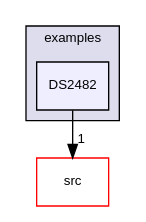
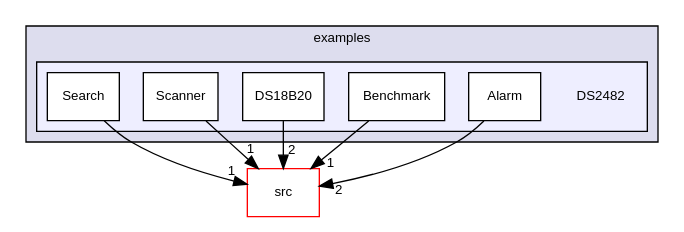
Before and after one commit to mikaelpatel/mikaelpatel.github.io: the diagram in Arduino-OWI/dir_0cf9e2383f6a43ce957518394740e070_dep.dot, drawn with Graphviz. The commit also changed 318 other files, not shown here.

```diff
--- a/Arduino-OWI/dir_0cf9e2383f6a43ce957518394740e070_dep.dot
+++ b/Arduino-OWI/dir_0cf9e2383f6a43ce957518394740e070_dep.dot
@@ -1,11 +1,23 @@
 digraph "examples/DS2482" {
   compound=true
   node [ fontsize="10", fontname="Helvetica"];
   edge [ labelfontsize="10", labelfontname="Helvetica"];
   subgraph clusterdir_d28a4824dc47e487b107a5db32ef43c4 {
     graph [ bgcolor="#ddddee", pencolor="black", label="examples" fontname="Helvetica", fontsize="10", URL="dir_d28a4824dc47e487b107a5db32ef43c4.html"]
-  dir_0cf9e2383f6a43ce957518394740e070 [shape=box, label="DS2482", style="filled", fillcolor="#eeeeff", pencolor="black", URL="dir_0cf9e2383f6a43ce957518394740e070.html"];
+  subgraph clusterdir_0cf9e2383f6a43ce957518394740e070 {
+    graph [ bgcolor="#eeeeff", pencolor="black", label="" URL="dir_0cf9e2383f6a43ce957518394740e070.html"];
+    dir_0cf9e2383f6a43ce957518394740e070 [shape=plaintext label="DS2482"];
+    dir_a3be479dd9b845f43ffa69eeaa901f51 [shape=box label="Alarm" color="black" fillcolor="white" style="filled" URL="dir_a3be479dd9b845f43ffa69eeaa901f51.html"];
+    dir_347f528adf50fbae7d79ecc2278b91c4 [shape=box label="Benchmark" color="black" fillcolor="white" style="filled" URL="dir_347f528adf50fbae7d79ecc2278b91c4.html"];
+    dir_4edde203836a92a48501ac3f8aa58c69 [shape=box label="DS18B20" color="black" fillcolor="white" style="filled" URL="dir_4edde203836a92a48501ac3f8aa58c69.html"];
+    dir_7ab3bd1d0307526ebf464174aaf4a3d5 [shape=box label="Scanner" color="black" fillcolor="white" style="filled" URL="dir_7ab3bd1d0307526ebf464174aaf4a3d5.html"];
+    dir_e1dc1365a338d75d35815d200edb7605 [shape=box label="Search" color="black" fillcolor="white" style="filled" URL="dir_e1dc1365a338d75d35815d200edb7605.html"];
+  }
   }
   dir_68267d1309a1af8e8297ef4c3efbcdba [shape=box label="src" fillcolor="white" style="filled" color="red" URL="dir_68267d1309a1af8e8297ef4c3efbcdba.html"];
-  dir_0cf9e2383f6a43ce957518394740e070->dir_68267d1309a1af8e8297ef4c3efbcdba [headlabel="1", labeldistance=1.5 headhref="dir_000004_000007.html"];
+  dir_e1dc1365a338d75d35815d200edb7605->dir_68267d1309a1af8e8297ef4c3efbcdba [headlabel="1", labeldistance=1.5 headhref="dir_000015_000019.html"];
+  dir_a3be479dd9b845f43ffa69eeaa901f51->dir_68267d1309a1af8e8297ef4c3efbcdba [headlabel="2", labeldistance=1.5 headhref="dir_000005_000019.html"];
+  dir_347f528adf50fbae7d79ecc2278b91c4->dir_68267d1309a1af8e8297ef4c3efbcdba [headlabel="1", labeldistance=1.5 headhref="dir_000018_000019.html"];
+  dir_4edde203836a92a48501ac3f8aa58c69->dir_68267d1309a1af8e8297ef4c3efbcdba [headlabel="2", labeldistance=1.5 headhref="dir_000008_000019.html"];
+  dir_7ab3bd1d0307526ebf464174aaf4a3d5->dir_68267d1309a1af8e8297ef4c3efbcdba [headlabel="1", labeldistance=1.5 headhref="dir_000012_000019.html"];
 }
```
